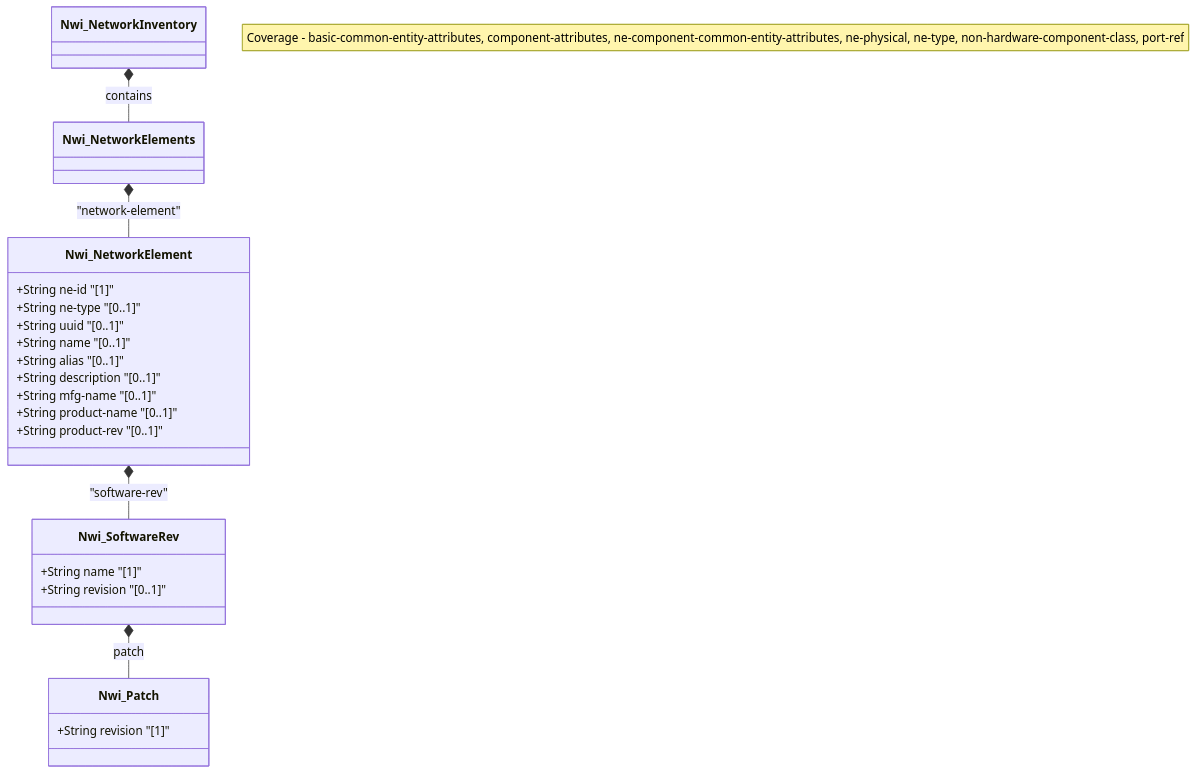
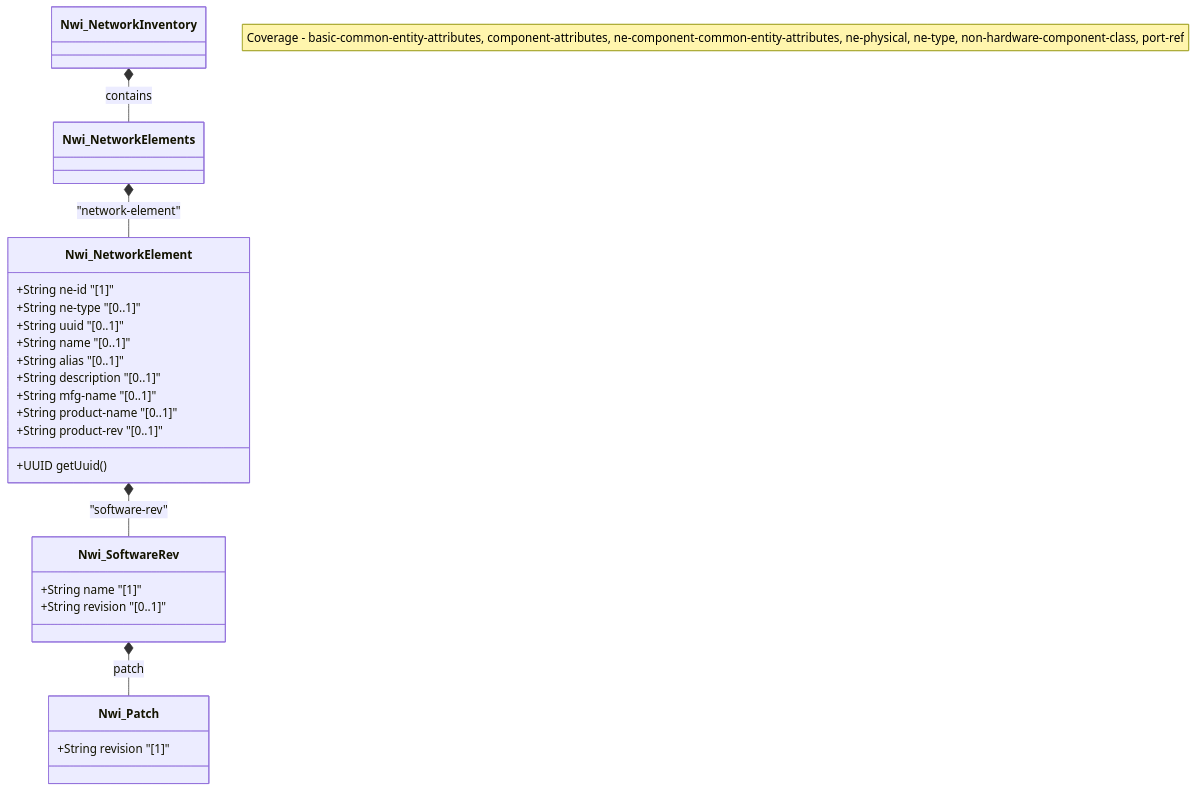
Before and after one commit to gintatkinson/3dgs-032: the diagram in docs/features/feat-15-network-elements.md, drawn with Mermaid. The commit also changed 7 other files, not shown here.

````diff
--- a/docs/features/feat-15-network-elements.md
+++ b/docs/features/feat-15-network-elements.md
@@ -23,29 +23,30 @@
 ```mermaid
 classDiagram
     note "Coverage - basic-common-entity-attributes, component-attributes, ne-component-common-entity-attributes, ne-physical, ne-type, non-hardware-component-class, port-ref"
     class Nwi_NetworkInventory
     class Nwi_NetworkElements
     class Nwi_NetworkElement {
         +String ne-id "[1]"
         +String ne-type "[0..1]"
         +String uuid "[0..1]"
         +String name "[0..1]"
         +String alias "[0..1]"
         +String description "[0..1]"
         +String mfg-name "[0..1]"
         +String product-name "[0..1]"
         +String product-rev "[0..1]"
+        +UUID getUuid()
     }
     class Nwi_SoftwareRev {
         +String name "[1]"
         +String revision "[0..1]"
     }
     class Nwi_Patch {
         +String revision "[1]"
     }
 
     Nwi_NetworkInventory *-- Nwi_NetworkElements : contains
     Nwi_NetworkElements *-- Nwi_NetworkElement : "network-element"
     Nwi_NetworkElement *-- Nwi_SoftwareRev : "software-rev"
     Nwi_SoftwareRev *-- Nwi_Patch : patch
 ```
````
